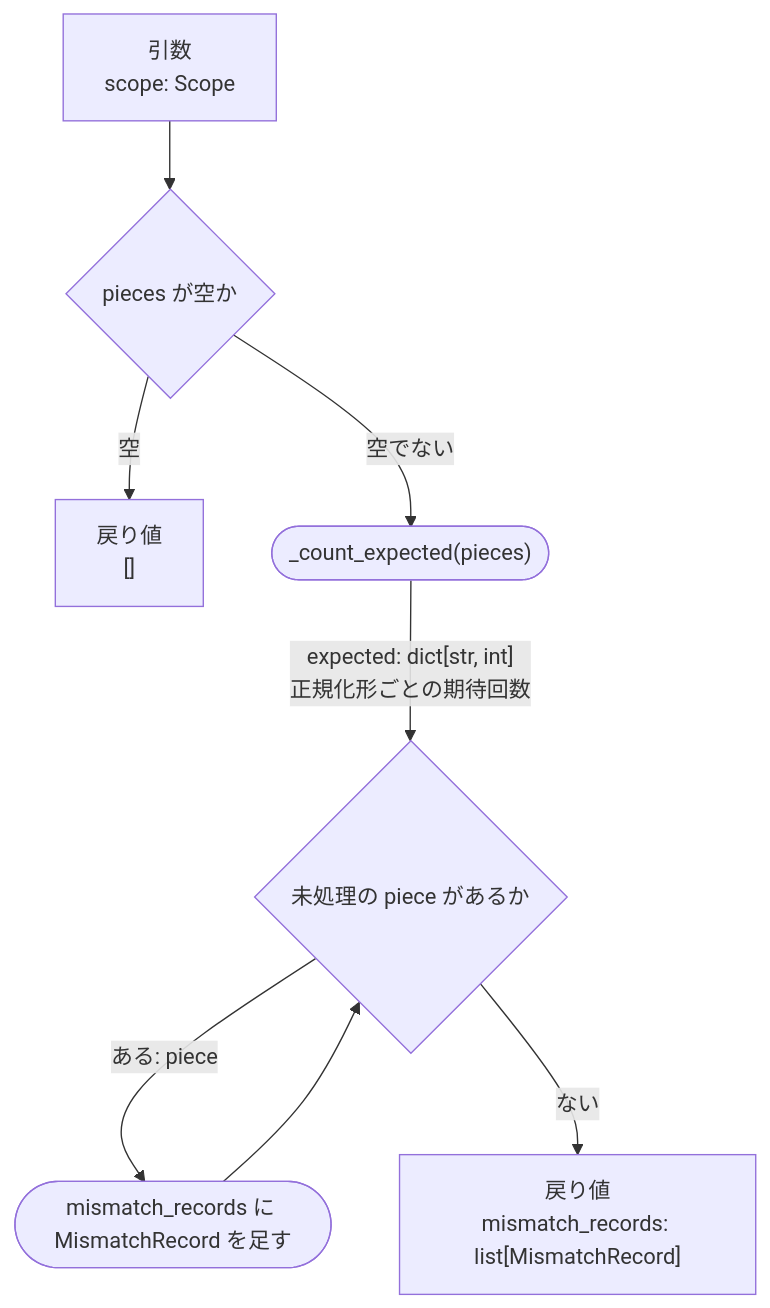
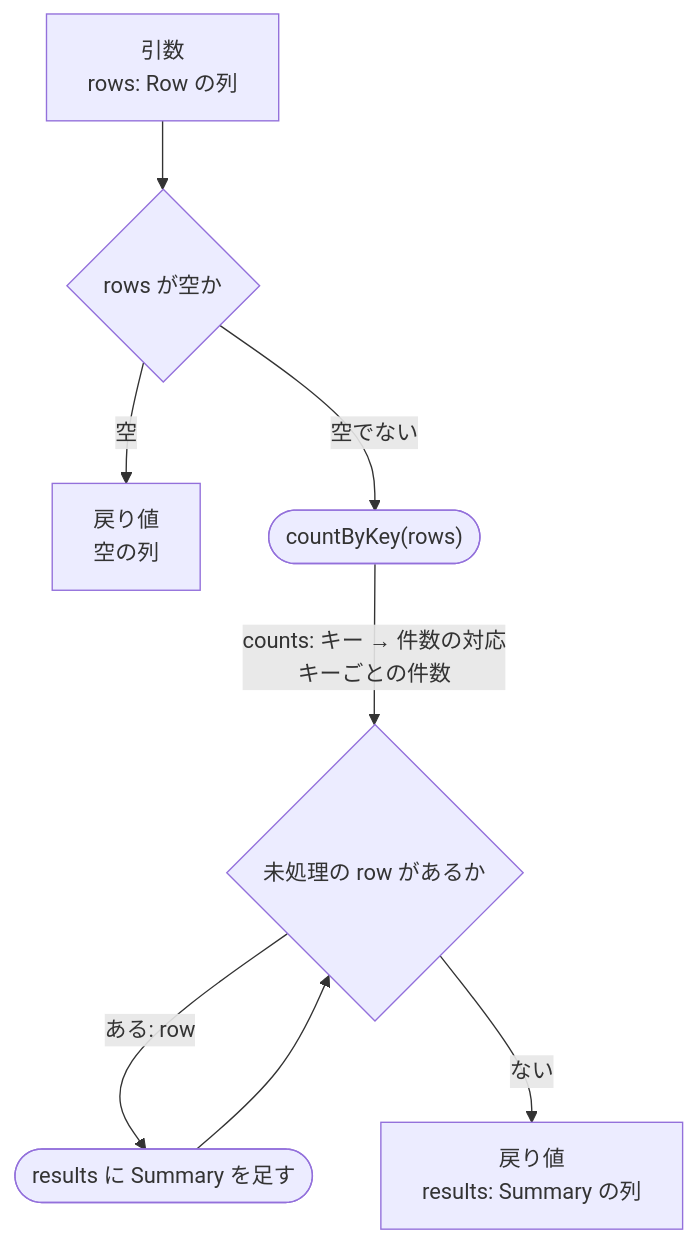
The diagram in .claude/skills/generate-module-design/SKILL.md (Yokochi513/Tsukena), drawn with Mermaid before and after one commit. The commit also changed other lines of this file and 11 other files, not shown here.

````diff
--- a/.claude/skills/generate-module-design/SKILL.md
+++ b/.claude/skills/generate-module-design/SKILL.md
@@ -196,11 +226,11 @@
 ```mermaid
 flowchart TD
-    IN["引数<br/>scope: Scope"]
-    IN --> CK{"pieces が空か"}
-    CK -->|"空"| EMPTY["戻り値<br/>[]"]
-    CK -->|"空でない"| CALL(["_count_expected(pieces)"])
-    CALL -->|"expected: dict[str, int]<br/>正規化形ごとの期待回数"| LOOP{"未処理の piece があるか"}
-    LOOP -->|"ある: piece"| ADD(["mismatch_records に MismatchRecord を足す"])
+    IN["引数<br/>rows: Row の列"]
+    IN --> CK{"rows が空か"}
+    CK -->|"空"| EMPTY["戻り値<br/>空の列"]
+    CK -->|"空でない"| CALL(["countByKey(rows)"])
+    CALL -->|"counts: キー → 件数の対応<br/>キーごとの件数"| LOOP{"未処理の row があるか"}
+    LOOP -->|"ある: row"| ADD(["results に Summary を足す"])
     ADD --> LOOP
-    LOOP -->|"ない"| OUT["戻り値<br/>mismatch_records: list[MismatchRecord]"]
+    LOOP -->|"ない"| OUT["戻り値<br/>results: Summary の列"]
 ```
````
